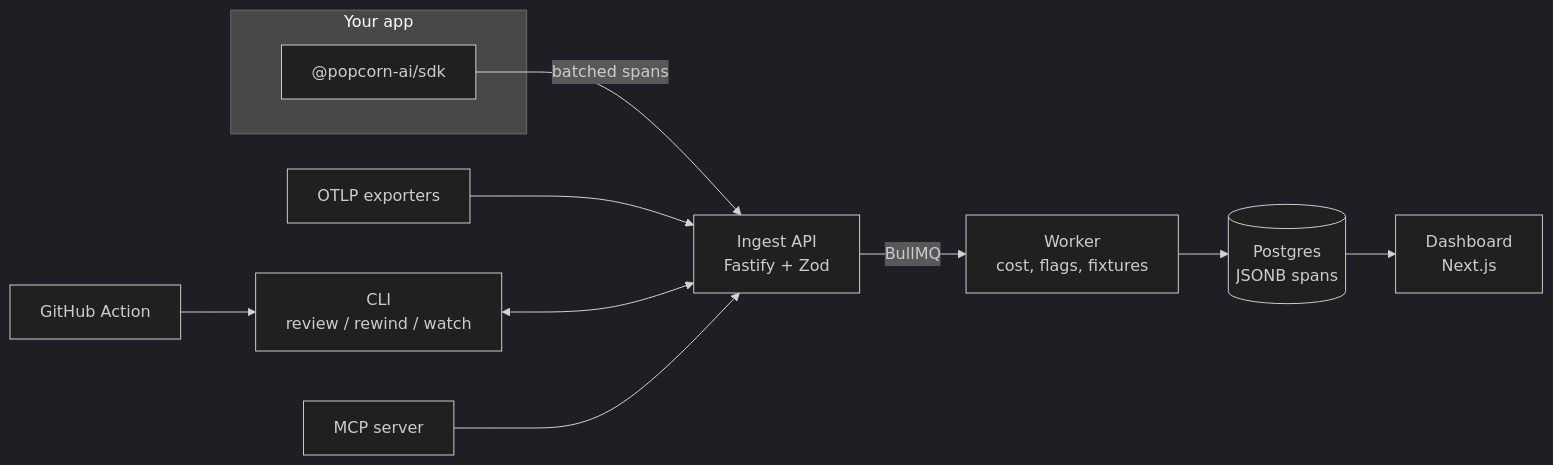
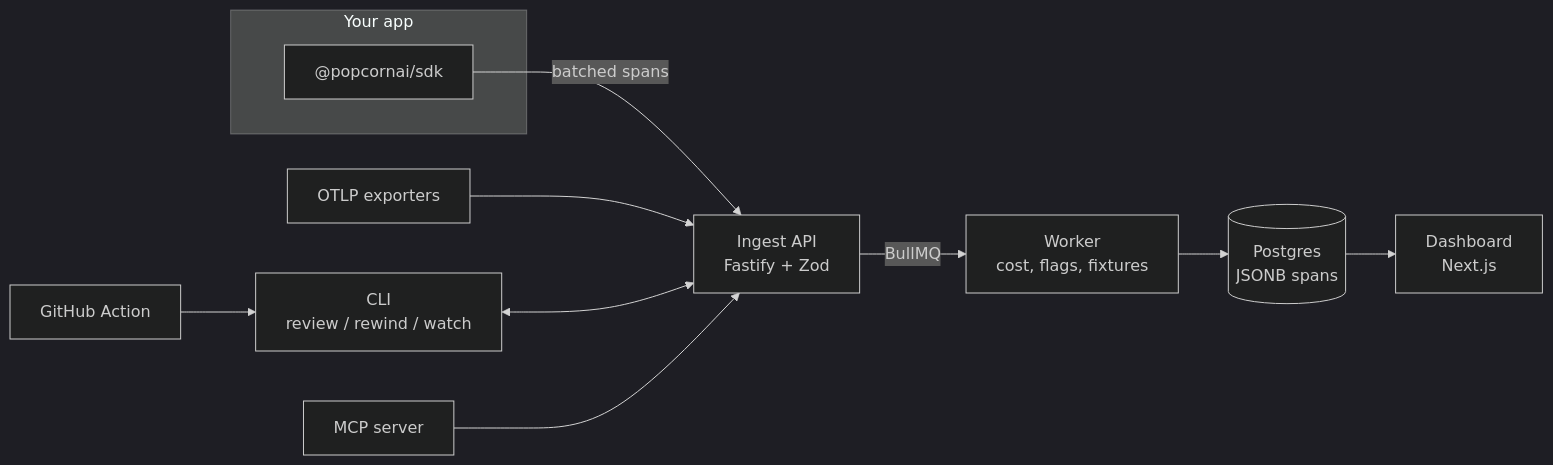
One commit to alokmishra70/popcorn-ai changed the diagram in README.md. Above: the diagram before and after it, drawn with Mermaid (dark theme). The commit also changed other lines of this file and 127 other files, not shown here.

Commit message:
fix: update package names from @popcorn-ai to @popcornai across all packages

````diff
--- a/README.md
+++ b/README.md
@@ -34,14 +34,14 @@
 ```mermaid
 flowchart LR
   subgraph app["Your app"]
-    SDK["@popcorn-ai/sdk"]
+    SDK["@popcornai/sdk"]
   end
   SDK -- "batched spans" --> API["Ingest API<br/>Fastify + Zod"]
   OTel["OTLP exporters"] --> API
   API -- "BullMQ" --> Worker["Worker<br/>cost, flags, fixtures"]
   Worker --> PG[("Postgres<br/>JSONB spans")]
   PG --> Dash["Dashboard<br/>Next.js"]
   CLI["CLI<br/>review / rewind / watch"] <--> API
   CI["GitHub Action"] --> CLI
   MCP["MCP server"] --> API
 ```
````
